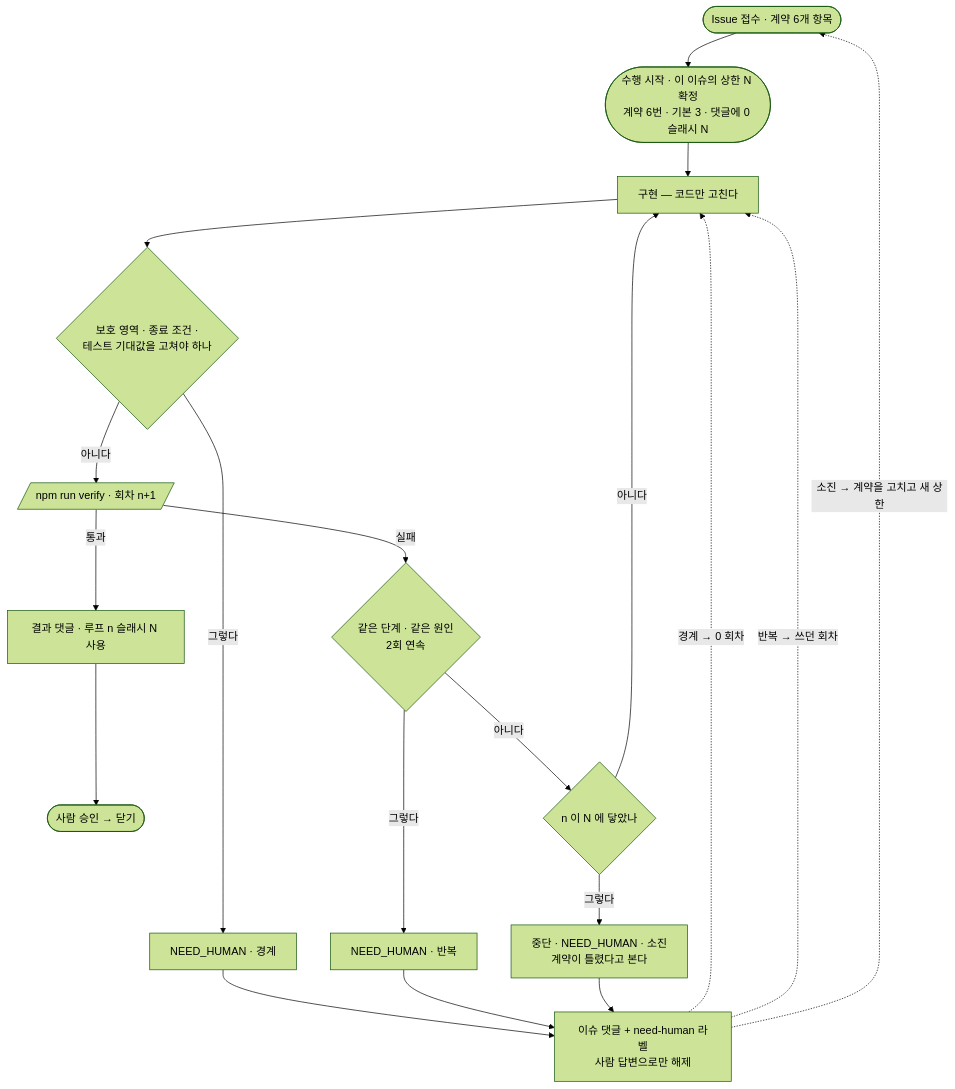
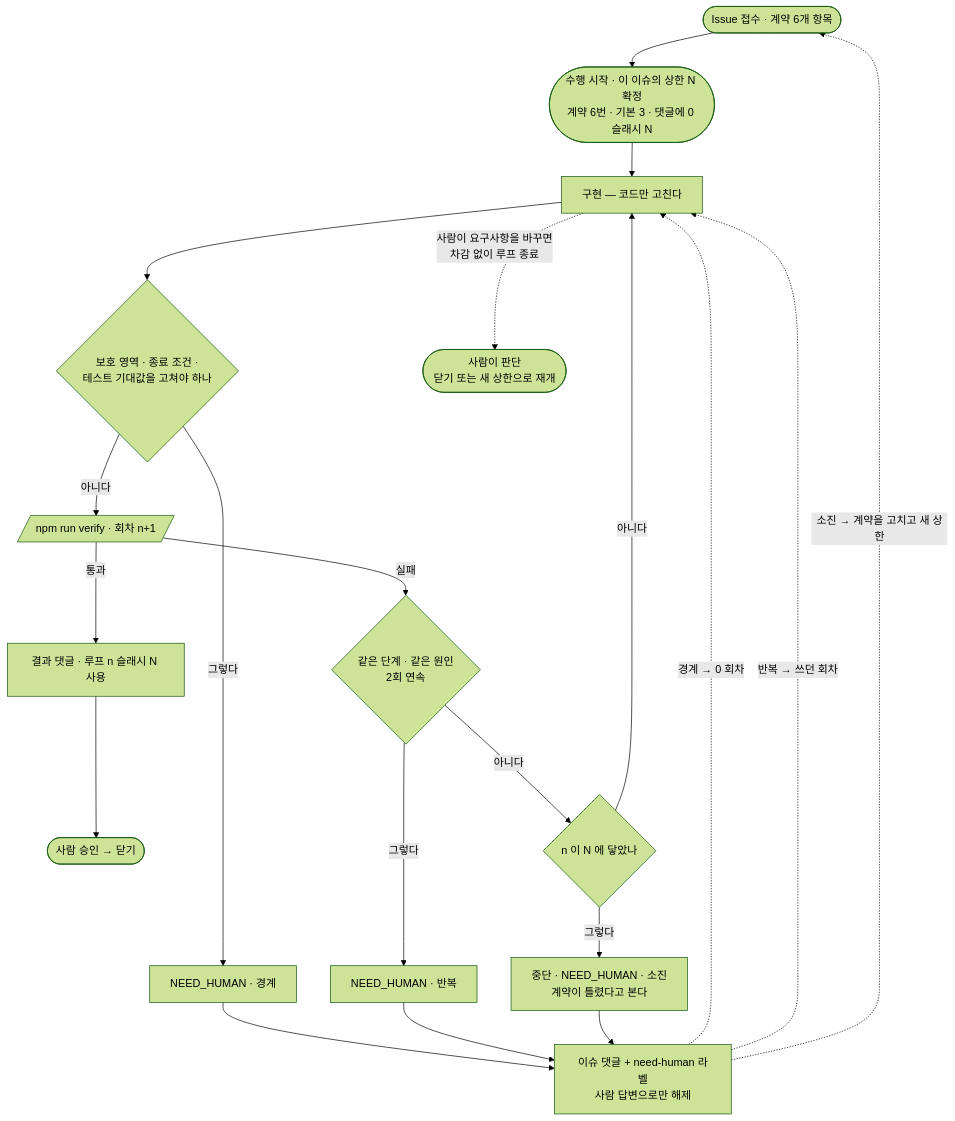
One commit to KIMJONGUK/inventory-poc changed the first of 2 diagrams in docs/harness/loop.md. Above: the diagram before and after it, drawn with Mermaid (forest theme). The commit also changed other lines of this file, not shown here.

````diff
--- a/docs/harness/loop.md
+++ b/docs/harness/loop.md
@@ -23,19 +25,20 @@
 ```mermaid
 flowchart TD
     I([Issue 접수 · 계약 6개 항목]) --> A([수행 시작 · 이 이슈의 상한 N 확정<br/>계약 6번 · 기본 3 · 댓글에 0 슬래시 N]) --> C[구현 — 코드만 고친다]
     C --> B{보호 영역 · 종료 조건 ·<br/>테스트 기대값을 고쳐야 하나}
     B -- 그렇다 --> H2[NEED_HUMAN · 경계]
     B -- 아니다 --> V[/npm run verify · 회차 n+1/]
     V -- 통과 --> D[결과 댓글 · 루프 n 슬래시 N 사용] --> E([사람 승인 → 닫기])
     V -- 실패 --> R{같은 단계 · 같은 원인<br/>2회 연속}
     R -- 그렇다 --> H3[NEED_HUMAN · 반복]
     R -- 아니다 --> L{n 이 N 에 닿았나}
     L -- 아니다 --> C
     L -- 그렇다 --> H4[중단 · NEED_HUMAN · 소진<br/>계약이 틀렸다고 본다]
     H2 --> W
     H3 --> W
     H4 --> W[이슈 댓글 + need-human 라벨<br/>사람 답변으로만 해제]
     W -. 경계 → 0 회차 .-> C
     W -. 반복 → 쓰던 회차 .-> C
     W -. 소진 → 계약을 고치고 새 상한 .-> I
+    C -. 사람이 요구사항을 바꾸면<br/>차감 없이 루프 종료 .-> X([사람이 판단<br/>닫기 또는 새 상한으로 재개])
 ```
````
